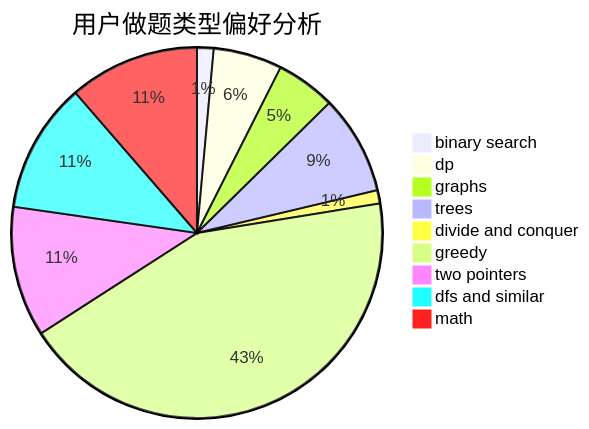
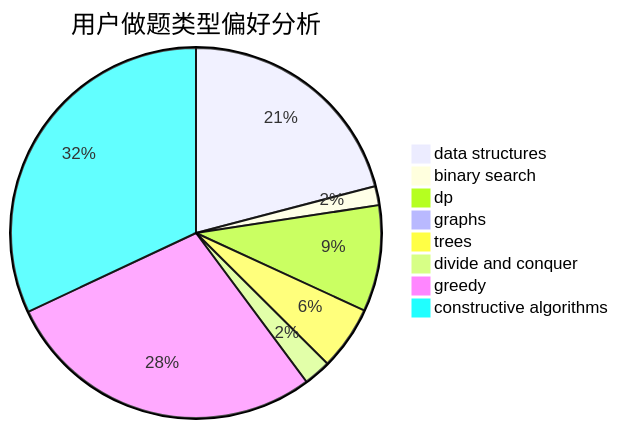
One commit to sherpahu/cfrs.github.io changed the second of 3 diagrams in docs/user/u1767.md. Above: the diagram before and after it, drawn with Mermaid. The commit also changed other lines of this file and 2775 other files, not shown here.

````diff
--- a/docs/user/u1767.md
+++ b/docs/user/u1767.md
@@ -23,12 +23,11 @@
 ```mermaid
 pie title 用户做题类型偏好分析
-    "binary search" :  25
-    "dp" :  104
-    "graphs" :  90
-    "trees" :  150
+    "data structures" :  176
+    "binary search" :  14
+    "dp" :  78
+    "graphs" :  5
+    "trees" :  47
     "divide and conquer" :  20
-    "greedy" :  753
-    "two pointers" :  197
-    "dfs and similar" :  197
-    "math" :  197
+    "greedy" :  237
+    "constructive algorithms" :  269
 ```
````
